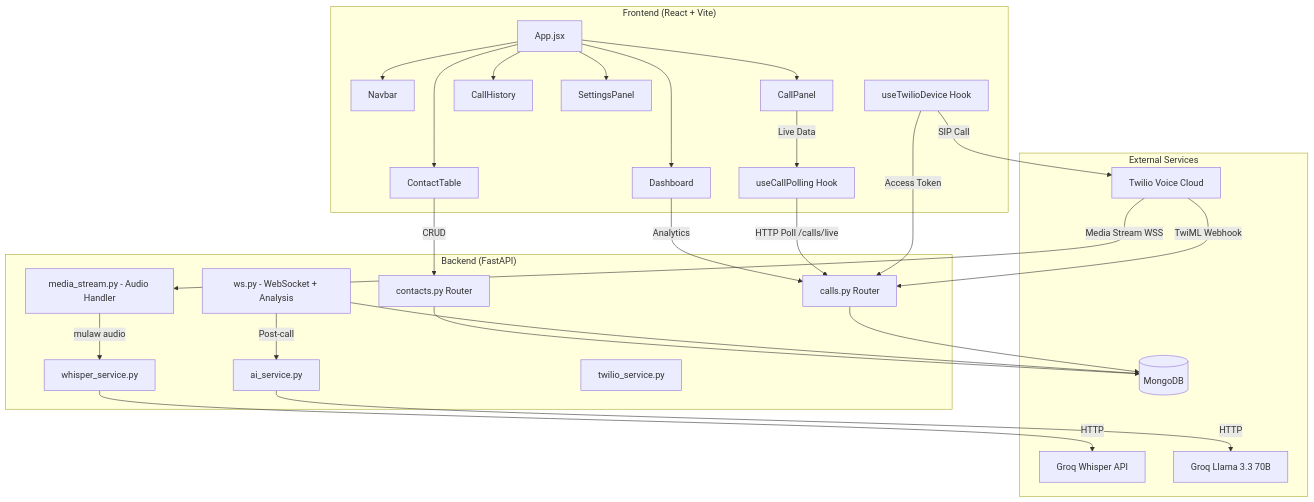
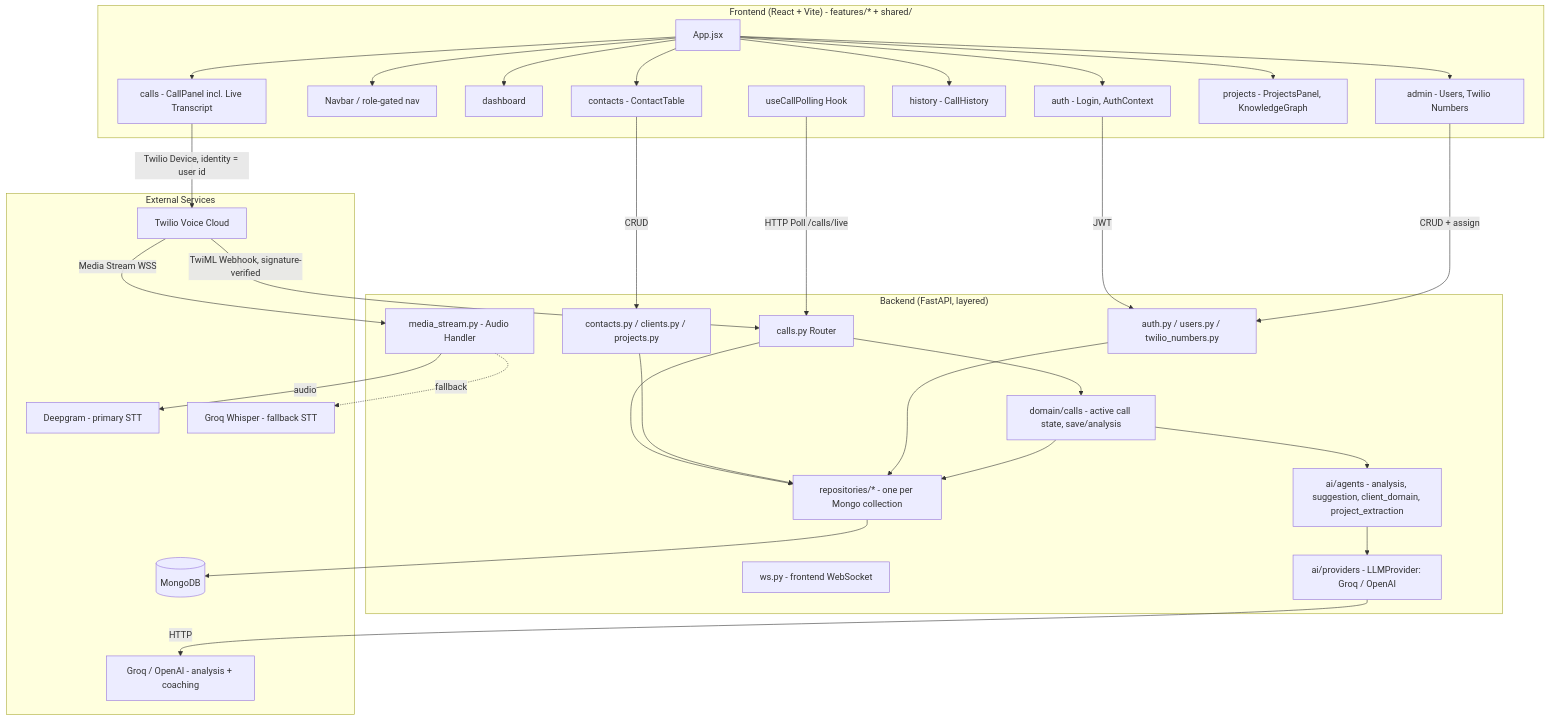
Before and after one commit to Kumaresan-AI-Engineer/Outbound_Ai: the second of 7 diagrams in README.md, drawn with Mermaid. The commit also changed other lines of this file and 134 other files, not shown here.

````diff
--- a/README.md
+++ b/README.md
@@ -84,49 +95,53 @@
 ```mermaid
 graph TB
-    subgraph Frontend ["Frontend (React + Vite)"]
+    subgraph Frontend ["Frontend (React + Vite) - features/* + shared/"]
         UI[App.jsx]
-        NAV[Navbar]
-        DASH[Dashboard]
-        CT[ContactTable]
-        CP[CallPanel]
-        CH[CallHistory]
-        SP[SettingsPanel]
-        TD[useTwilioDevice Hook]
+        AUTH_FE[auth - Login, AuthContext]
+        NAV[Navbar / role-gated nav]
+        DASH[dashboard]
+        CT[contacts - ContactTable]
+        CP[calls - CallPanel incl. Live Transcript]
+        CH[history - CallHistory]
+        ADMIN[admin - Users, Twilio Numbers]
+        PROJ[projects - ProjectsPanel, KnowledgeGraph]
         POLL[useCallPolling Hook]
     end
 
-    subgraph Backend ["Backend (FastAPI)"]
+    subgraph Backend ["Backend (FastAPI, layered)"]
+        AUTHR[auth.py / users.py / twilio_numbers.py]
         CALLS[calls.py Router]
-        CONTACTS[contacts.py Router]
-        WS[ws.py - WebSocket + Analysis]
+        CONTACTS[contacts.py / clients.py / projects.py]
+        WS[ws.py - frontend WebSocket]
         MS[media_stream.py - Audio Handler]
-        AI[ai_service.py]
-        WHISPER[whisper_service.py]
-        TWILIO_SVC[twilio_service.py]
+        DOMAIN[domain/calls - active call state, save/analysis]
+        AGENTS[ai/agents - analysis, suggestion, client_domain, project_extraction]
+        PROVIDERS[ai/providers - LLMProvider: Groq / OpenAI]
+        REPOS[repositories/* - one per Mongo collection]
     end
 
     subgraph External ["External Services"]
         TWILIO[Twilio Voice Cloud]
-        GROQ_W[Groq Whisper API]
-        GROQ_L[Groq Llama 3.3 70B]
+        DEEPGRAM[Deepgram - primary STT]
+        GROQ_W[Groq Whisper - fallback STT]
+        LLM[Groq / OpenAI - analysis + coaching]
         MONGO[(MongoDB)]
     end
 
-    UI --> NAV & DASH & CT & CP & CH & SP
-    TD -->|Access Token| CALLS
-    TD -->|SIP Call| TWILIO
+    UI --> AUTH_FE & NAV & DASH & CT & CP & CH & ADMIN & PROJ
+    AUTH_FE -->|JWT| AUTHR
+    CP -->|Twilio Device, identity = user id| TWILIO
     POLL -->|HTTP Poll /calls/live| CALLS
     CT -->|CRUD| CONTACTS
-    CP -->|Live Data| POLL
-    DASH -->|Analytics| CALLS
+    ADMIN -->|CRUD + assign| AUTHR
 
-    TWILIO -->|TwiML Webhook| CALLS
+    TWILIO -->|TwiML Webhook, signature-verified| CALLS
     TWILIO -->|Media Stream WSS| MS
-    MS -->|mulaw audio| WHISPER
-    WHISPER -->|HTTP| GROQ_W
-    WS -->|Post-call| AI
-    AI -->|HTTP| GROQ_L
-    CALLS --> MONGO
-    WS --> MONGO
-    CONTACTS --> MONGO
+    MS -->|audio| DEEPGRAM
+    MS -.fallback.-> GROQ_W
+    CALLS --> DOMAIN
+    DOMAIN --> AGENTS
+    AGENTS --> PROVIDERS
+    PROVIDERS -->|HTTP| LLM
+    CALLS & CONTACTS & AUTHR & DOMAIN --> REPOS
+    REPOS --> MONGO
 ```
````
